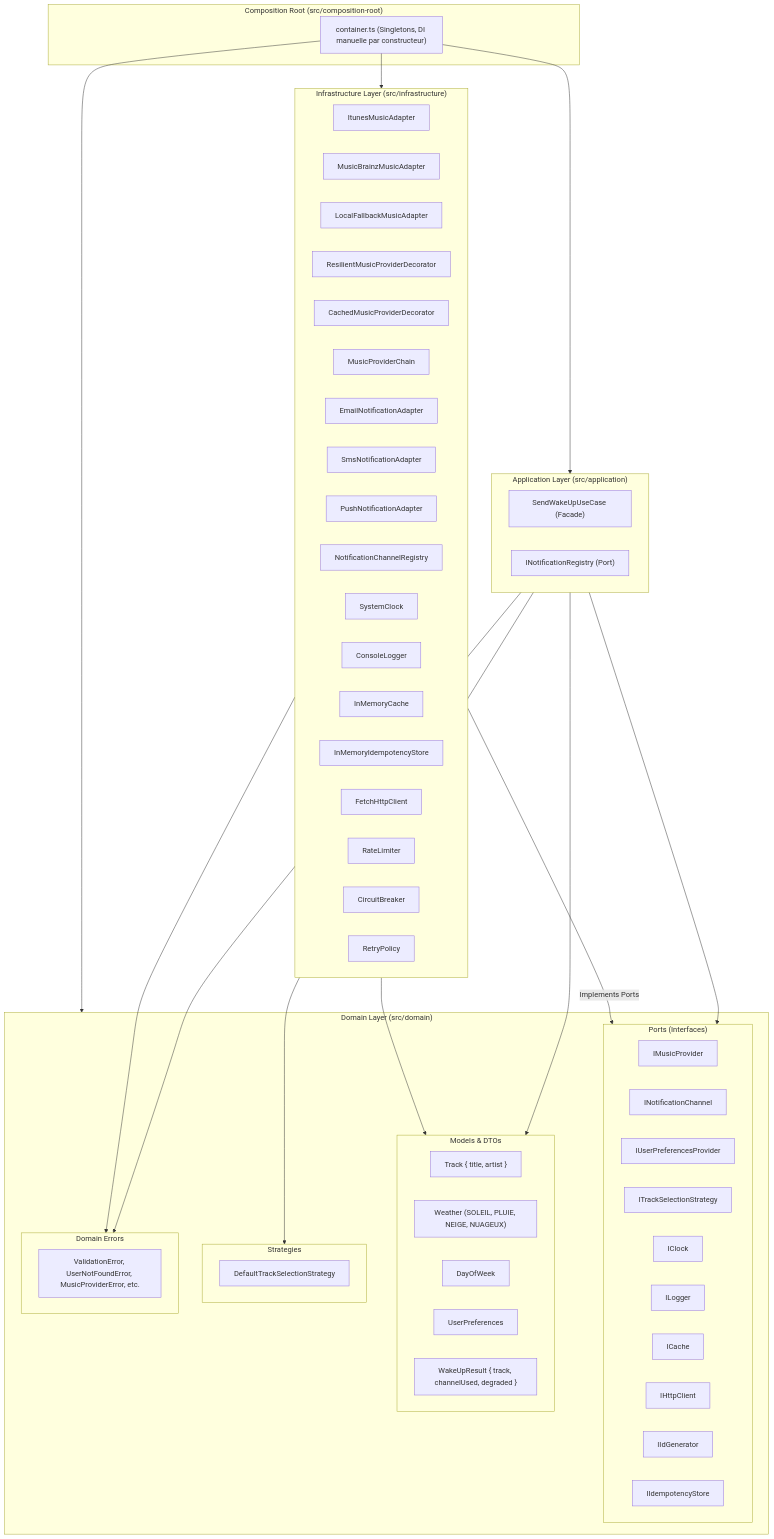
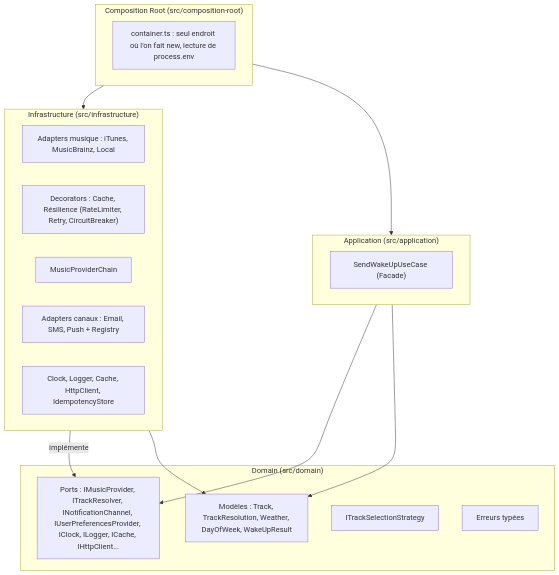
One commit to Nebbiuu/reveil-musical changed the first of 2 diagrams in README.md. Above: the diagram before and after it, drawn with Mermaid. The commit also changed other lines of this file, not shown here.

Commit message:
docs: document degraded mode, configuration and demo

````diff
--- a/README.md
+++ b/README.md
@@ -14,78 +13,28 @@
 ```mermaid
 flowchart TD
-    subgraph CompositionRoot["Composition Root (src/composition-root)"]
-        CR["container.ts (Singletons, DI manuelle par constructeur)"]
+    subgraph CR["Composition Root (src/composition-root)"]
+        C["container.ts : seul endroit où l'on fait new, lecture de process.env"]
     end
-
-    subgraph InfrastructureLayer["Infrastructure Layer (src/infrastructure)"]
-        ItunesAdapter["ItunesMusicAdapter"]
-        MBAdapter["MusicBrainzMusicAdapter"]
-        LocalMusic["LocalFallbackMusicAdapter"]
-        ResilientDecorator["ResilientMusicProviderDecorator"]
-        CachedDecorator["CachedMusicProviderDecorator"]
-        MusicChain["MusicProviderChain"]
-        
-        EmailAdapter["EmailNotificationAdapter"]
-        SmsAdapter["SmsNotificationAdapter"]
-        PushAdapter["PushNotificationAdapter"]
-        ChannelRegistry["NotificationChannelRegistry"]
-        
-        SystemClock["SystemClock"]
-        ConsoleLogger["ConsoleLogger"]
-        InMemoryCache["InMemoryCache"]
-        IdempotencyStore["InMemoryIdempotencyStore"]
-        FetchHttp["FetchHttpClient"]
-        RateLimiter["RateLimiter"]
-        CircuitBreaker["CircuitBreaker"]
-        RetryPolicy["RetryPolicy"]
+    subgraph INFRA["Infrastructure (src/infrastructure)"]
+        Music["Adapters musique : iTunes, MusicBrainz, Local"]
+        Deco["Decorators : Cache, Résilience (RateLimiter, Retry, CircuitBreaker)"]
+        Chain["MusicProviderChain"]
+        Notif["Adapters canaux : Email, SMS, Push + Registry"]
+        Sys["Clock, Logger, Cache, HttpClient, IdempotencyStore"]
     end
-
-    subgraph ApplicationLayer["Application Layer (src/application)"]
-        SendWakeUp["SendWakeUpUseCase (Facade)"]
-        RegistryPort["INotificationRegistry (Port)"]
+    subgraph APP["Application (src/application)"]
+        UC["SendWakeUpUseCase (Facade)"]
     end
-
-    subgraph DomainLayer["Domain Layer (src/domain)"]
-        subgraph Ports["Ports (Interfaces)"]
-            IMusicProvider["IMusicProvider"]
-            INotificationChannel["INotificationChannel"]
-            IUserPrefs["IUserPreferencesProvider"]
-            ITrackStrategy["ITrackSelectionStrategy"]
-            IClock["IClock"]
-            ILogger["ILogger"]
-            ICache["ICache"]
-            IHttpClient["IHttpClient"]
-            IIdGenerator["IIdGenerator"]
-            IIdempotencyStore["IIdempotencyStore"]
-        end
-
-        subgraph Models["Models & DTOs"]
-            Track["Track { title, artist }"]
-            Weather["Weather (SOLEIL, PLUIE, NEIGE, NUAGEUX)"]
-            DayOfWeek["DayOfWeek"]
-            UserPreferences["UserPreferences"]
-            WakeUpResult["WakeUpResult { track, channelUsed, degraded }"]
-        end
-
-        subgraph Strategies["Strategies"]
-            DefaultStrategy["DefaultTrackSelectionStrategy"]
-        end
-
-        subgraph Errors["Domain Errors"]
-            DomainErrors["ValidationError, UserNotFoundError, MusicProviderError, etc."]
-        end
+    subgraph DOM["Domain (src/domain)"]
+        Ports["Ports : IMusicProvider, ITrackResolver, INotificationChannel, IUserPreferencesProvider, IClock, ILogger, ICache, IHttpClient..."]
+        Models["Modèles : Track, TrackResolution, Weather, DayOfWeek, WakeUpResult"]
+        Strat["ITrackSelectionStrategy"]
+        Err["Erreurs typées"]
     end
-
-    CR --> ApplicationLayer
-    CR --> InfrastructureLayer
-    CR --> DomainLayer
-
-    InfrastructureLayer -->|Implements Ports| Ports
-    InfrastructureLayer --> Models
-    InfrastructureLayer --> Errors
-
-    ApplicationLayer --> Ports
-    ApplicationLayer --> Models
-    ApplicationLayer --> Errors
-    ApplicationLayer --> Strategies
+    CR --> INFRA
+    CR --> APP
+    INFRA -->|implémente| Ports
+    APP --> Ports
+    APP --> Models
+    INFRA --> Models
 ```
````
